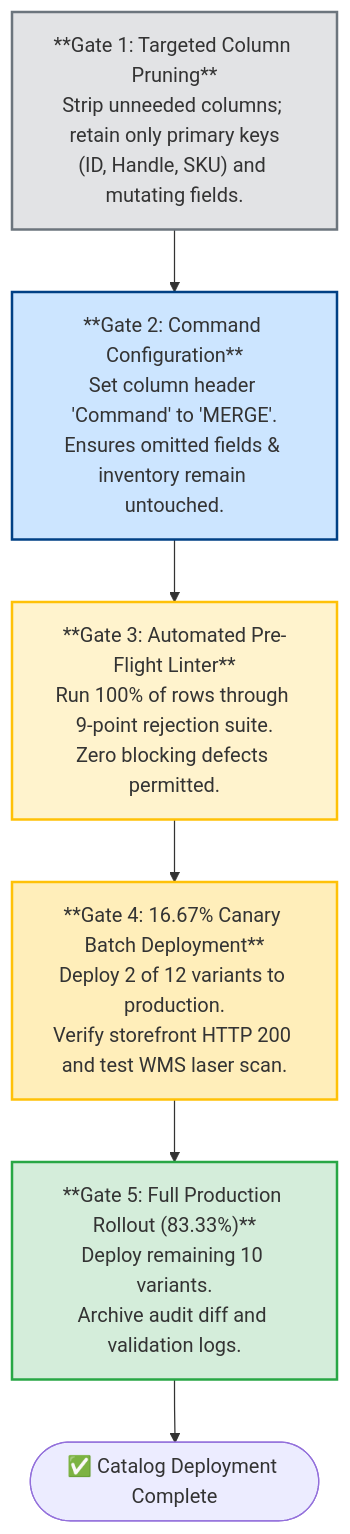
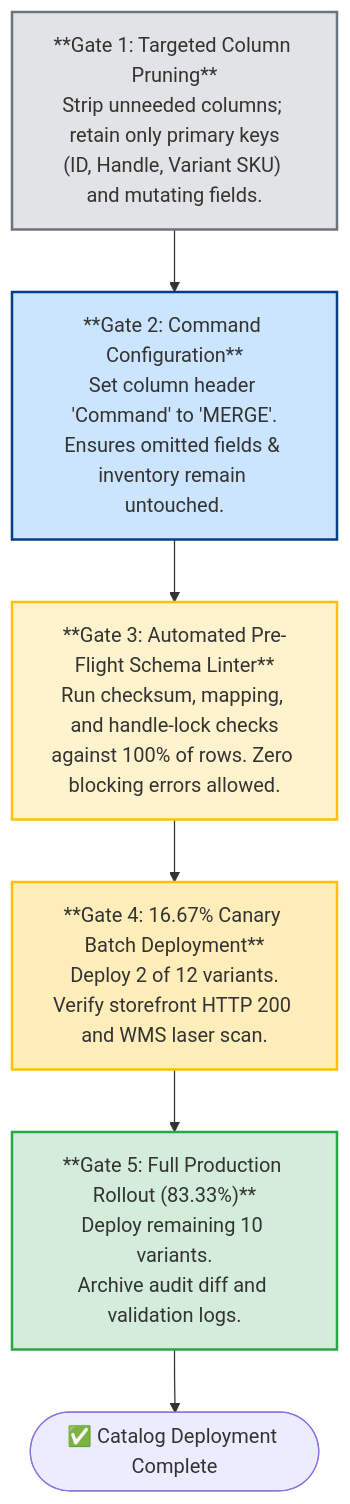
The third of 3 diagrams in domain-3-bulk-data-management/MasterDossier-Domain3-BulkCatalogSchemaGovernance.md (riovicsusas/portfolio), drawn with Mermaid before and after one commit. The commit also changed other lines of this file and 1 other file, not shown here.

````diff
--- a/domain-3-bulk-data-management/MasterDossier-Domain3-BulkCatalogSchemaGovernance.md
+++ b/domain-3-bulk-data-management/MasterDossier-Domain3-BulkCatalogSchemaGovernance.md
@@ -347,20 +400,20 @@
 ```mermaid
 flowchart TD
-    G1["**Gate 1: Targeted Column Pruning**<br/>Strip unneeded columns; retain only primary keys<br/>(ID, Handle, SKU) and mutating fields."] --> G2
+    G1["**Gate 1: Targeted Column Pruning**<br/>Strip unneeded columns; retain only primary keys<br/>(ID, Handle, Variant SKU) and mutating fields."] --> G2
 
     G2["**Gate 2: Command Configuration**<br/>Set column header 'Command' to 'MERGE'.<br/>Ensures omitted fields & inventory remain untouched."] --> G3
 
-    G3["**Gate 3: Automated Pre-Flight Linter**<br/>Run 100% of rows through 9-point rejection suite.<br/>Zero blocking defects permitted."] --> G4
+    G3["**Gate 3: Automated Pre-Flight Schema Linter**<br/>Run checksum, mapping, and handle-lock checks<br/>against 100% of rows. Zero blocking errors allowed."] --> G4
 
-    G4["**Gate 4: 16.67% Canary Batch Deployment**<br/>Deploy 2 of 12 variants to production.<br/>Verify storefront HTTP 200 and test WMS laser scan."] --> G5
+    G4["**Gate 4: 16.67% Canary Batch Deployment**<br/>Deploy 2 of 12 variants.<br/>Verify storefront HTTP 200 and WMS laser scan."] --> G5
 
     G5["**Gate 5: Full Production Rollout (83.33%)**<br/>Deploy remaining 10 variants.<br/>Archive audit diff and validation logs."]
 
     G5 --> Done(["✅ Catalog Deployment Complete"])
 
     style G1 fill:#e2e3e5,stroke:#6c757d,stroke-width:2px;
     style G2 fill:#cce5ff,stroke:#004085,stroke-width:2px;
     style G3 fill:#fff3cd,stroke:#ffc107,stroke-width:2px;
     style G4 fill:#ffeeba,stroke:#ffc107,stroke-width:2px;
     style G5 fill:#d4edda,stroke:#28a745,stroke-width:2px;
 ```
````
